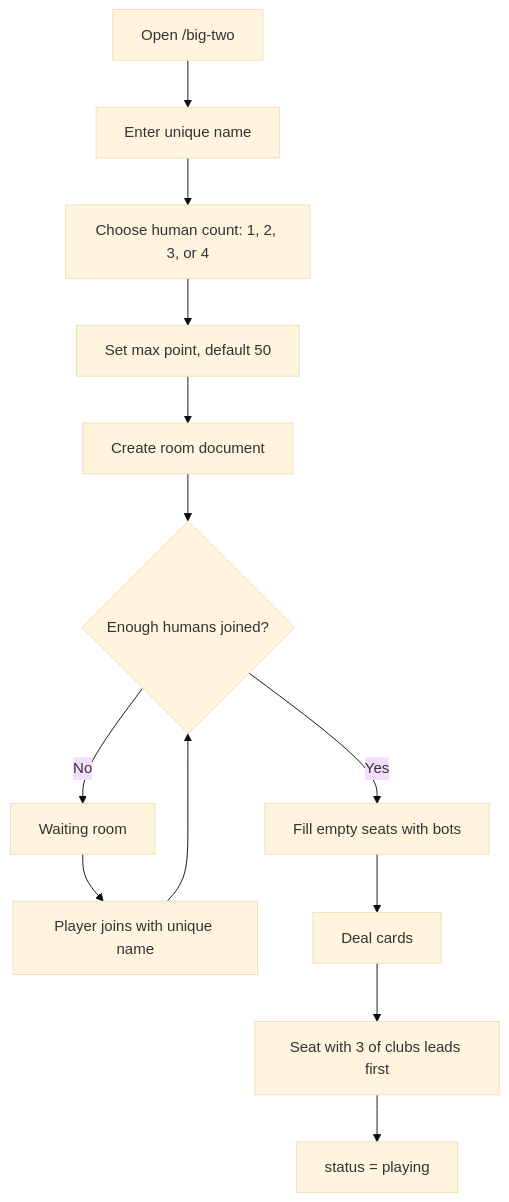
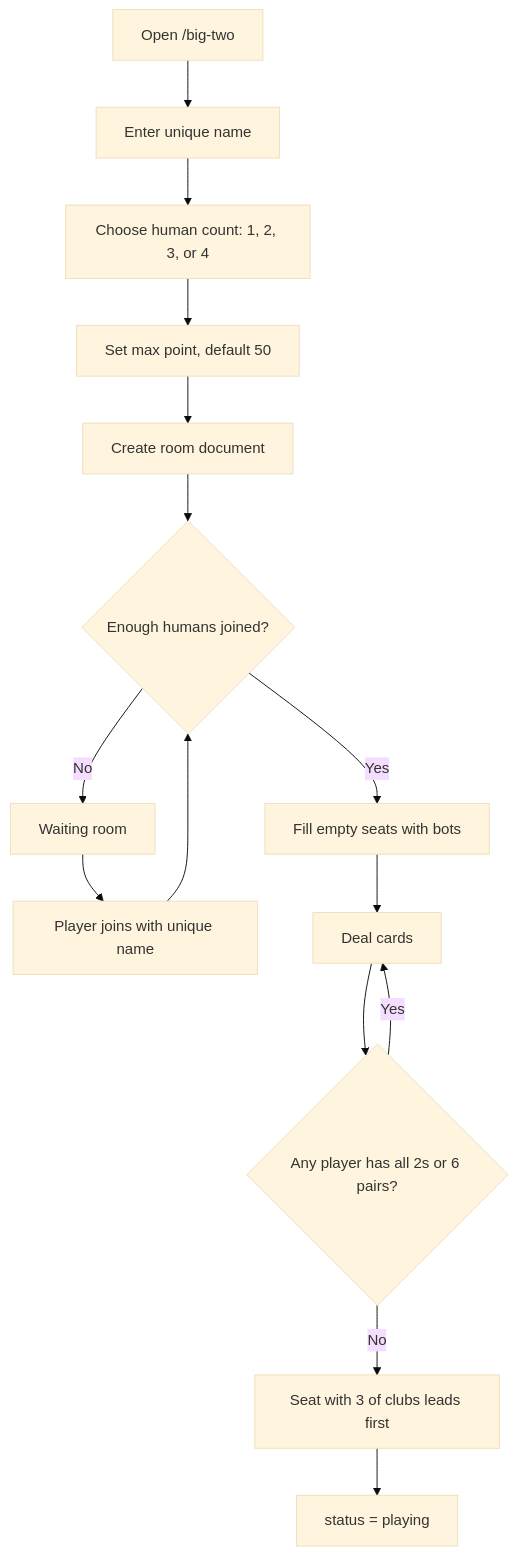
Before and after one commit to Sourav9063/watchtogether: the first of 5 diagrams in src/app/big-two/README.md, drawn with Mermaid (base theme). The commit also changed other lines of this file and 1 other file, not shown here.

````diff
--- a/src/app/big-two/README.md
+++ b/src/app/big-two/README.md
@@ -62,15 +62,17 @@
 ```mermaid
 flowchart TD
   A[Open /big-two] --> B[Enter unique name]
   B --> C[Choose human count: 1, 2, 3, or 4]
   C --> D[Set max point, default 50]
   D --> E[Create room document]
   E --> F{Enough humans joined?}
   F -- No --> G[Waiting room]
   G --> H[Player joins with unique name]
   H --> F
   F -- Yes --> I[Fill empty seats with bots]
   I --> J[Deal cards]
-  J --> K[Seat with 3 of clubs leads first]
+  J --> M{Any player has all 2s or 6 pairs?}
+  M -- Yes --> J
+  M -- No --> K[Seat with 3 of clubs leads first]
   K --> L[status = playing]
 ```
````
